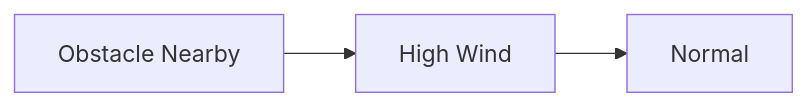
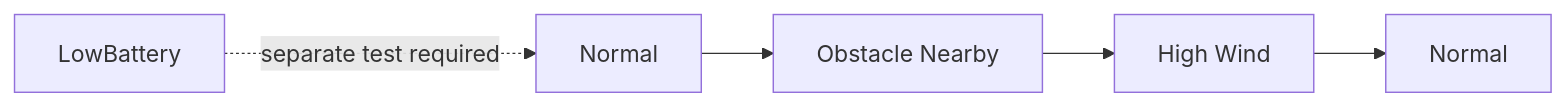
The sixth of 6 diagrams in Matlab+ Simulink/README.md (varunnn888/Drones_S5_CD11_Adaptive_Context_Aware_Decision), drawn with Mermaid before and after one commit. The commit also changed other lines of this file, not shown here.

````diff
--- a/Matlab+ Simulink/README.md
+++ b/Matlab+ Simulink/README.md
@@ -399,5 +430,7 @@
 ```mermaid
 flowchart LR
-A[Obstacle Nearby] --> B[High Wind]
-B --> C[Normal]
+A[Normal] --> B[Obstacle Nearby]
+B --> C[High Wind]
+C --> D[Normal]
+E[LowBattery] -. separate test required .-> A
 ```
````
